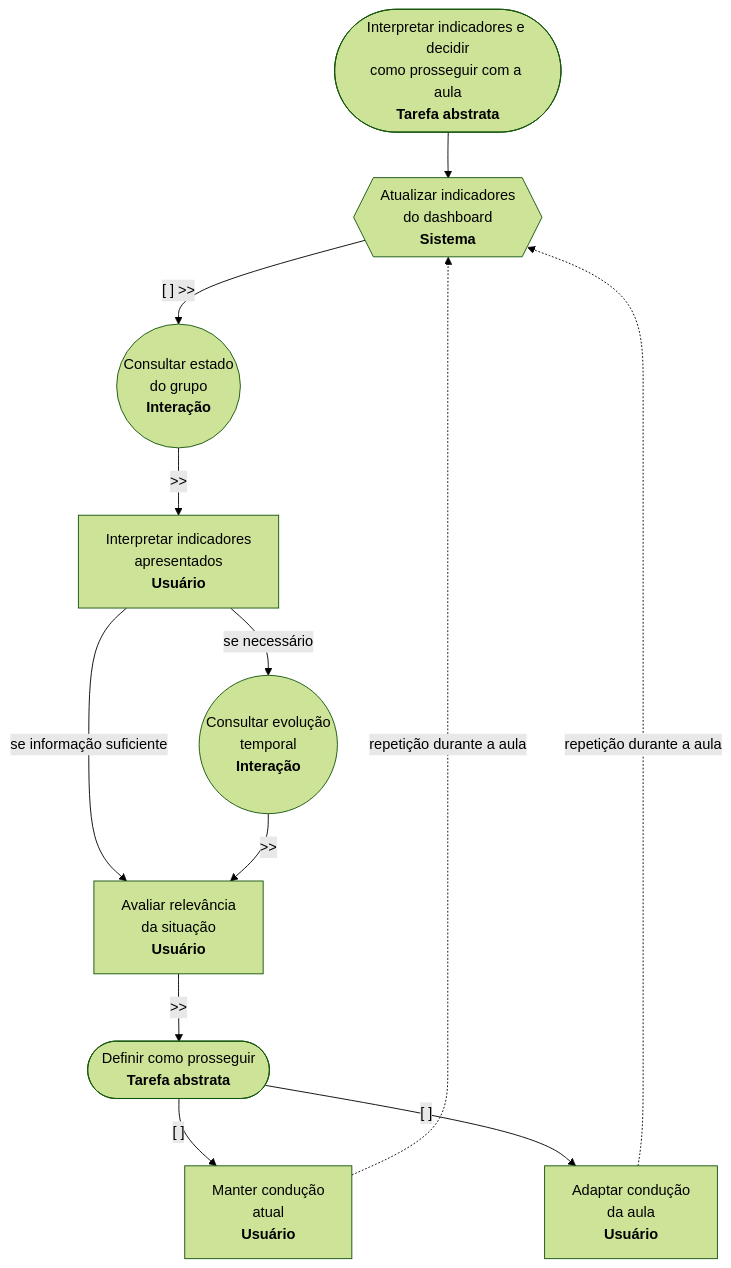
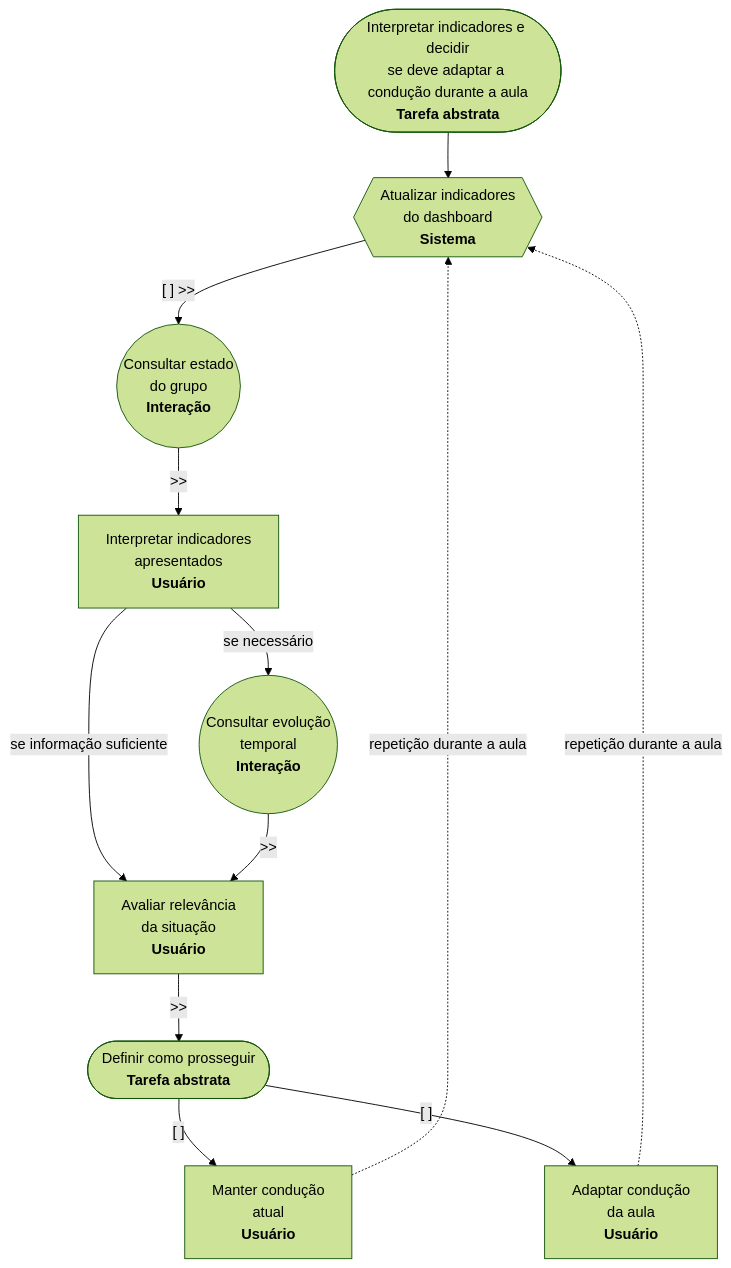
Before and after one commit to IsaRosseto/IHC_MindFlowAI: the second of 2 diagrams in docs/05_analise_tarefas.md, drawn with Mermaid (forest theme). The commit also changed other lines of this file, not shown here.

````diff
--- a/docs/05_analise_tarefas.md
+++ b/docs/05_analise_tarefas.md
@@ -247,37 +247,37 @@
 ```mermaid
 flowchart TB
 
-    T0(["Interpretar indicadores e decidir<br/>como prosseguir com a aula<br/><b>Tarefa abstrata</b>"])
+    T0(["Interpretar indicadores e decidir<br/>se deve adaptar a condução durante a aula<br/><b>Tarefa abstrata</b>"])
 
     S1{{"Atualizar indicadores<br/>do dashboard<br/><b>Sistema</b>"}}
 
     I1(("Consultar estado<br/>do grupo<br/><b>Interação</b>"))
 
     U1["Interpretar indicadores<br/>apresentados<br/><b>Usuário</b>"]
 
     I2(("Consultar evolução<br/>temporal<br/><b>Interação</b>"))
 
     U2["Avaliar relevância<br/>da situação<br/><b>Usuário</b>"]
 
     A1(["Definir como prosseguir<br/><b>Tarefa abstrata</b>"])
 
     U3["Manter condução<br/>atual<br/><b>Usuário</b>"]
 
     U4["Adaptar condução<br/>da aula<br/><b>Usuário</b>"]
 
     T0 --> S1
     S1 -->|"[ ] >>"| I1
     I1 -->|">>"| U1
 
     U1 -->|"se necessário"| I2
     U1 -->|"se informação suficiente"| U2
     I2 -->|">>"| U2
 
     U2 -->|">>"| A1
 
     A1 -->|"[ ]"| U3
     A1 -->|"[ ]"| U4
 
     U3 -. "repetição durante a aula" .-> S1
     U4 -. "repetição durante a aula" .-> S1
 ```
````
